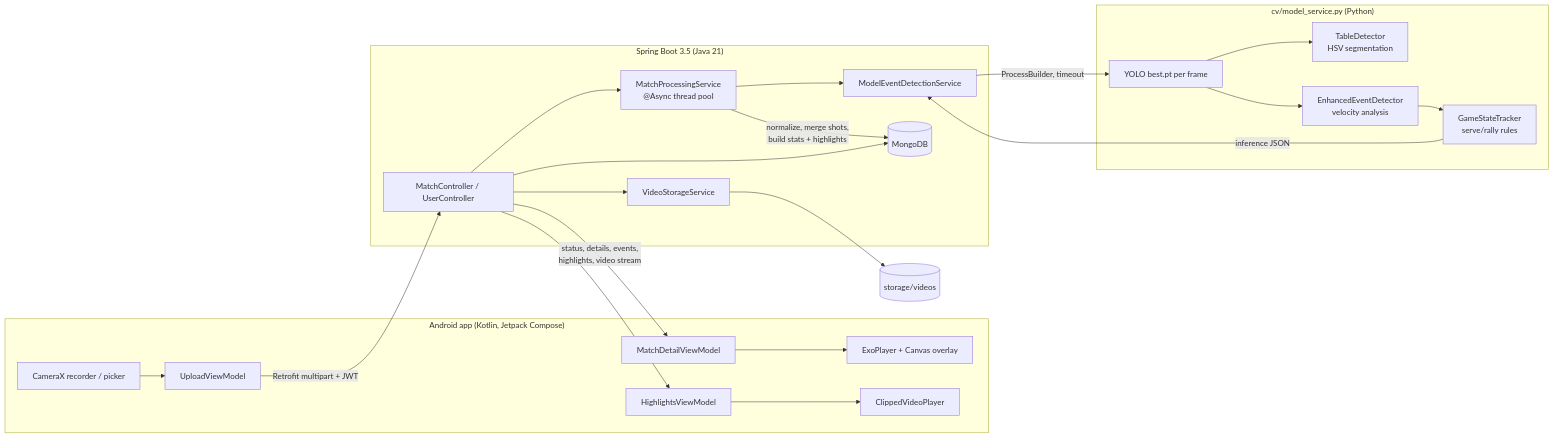
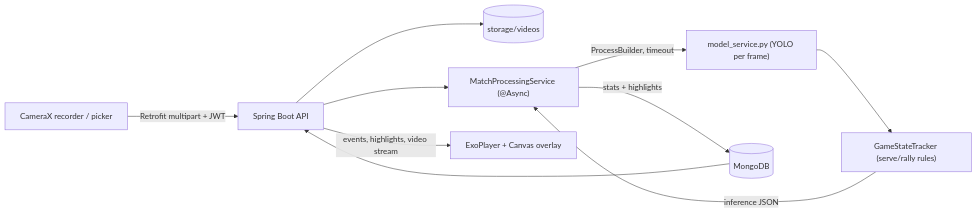
The diagram in README.md (u759/AllanAI), drawn with Mermaid before and after one commit. The commit also changed other lines of this file, not shown here.

````diff
--- a/README.md
+++ b/README.md
@@ -26,29 +12,12 @@
 ```mermaid
 flowchart LR
-    subgraph Android["Android app (Kotlin, Jetpack Compose)"]
-        Rec[CameraX recorder / picker] --> Up[UploadViewModel]
-        Det[MatchDetailViewModel] --> Player[ExoPlayer + Canvas overlay]
-        HL[HighlightsViewModel] --> Clip[ClippedVideoPlayer]
-    end
-
-    subgraph Backend["Spring Boot 3.5 (Java 21)"]
-        API[MatchController / UserController] --> Store[VideoStorageService]
-        API --> Async["MatchProcessingService<br/>@Async thread pool"]
-        Async --> Model[ModelEventDetectionService]
-        Async -->|"normalize, merge shots,<br/>build stats + highlights"| DB[(MongoDB)]
-        API --> DB
-    end
-
-    subgraph CV["cv/model_service.py (Python)"]
-        Py[YOLO best.pt per frame] --> Table["TableDetector<br/>HSV segmentation"]
-        Py --> Ev["EnhancedEventDetector<br/>velocity analysis"]
-        Ev --> GS["GameStateTracker<br/>serve/rally rules"]
-    end
-
-    Up -->|Retrofit multipart + JWT| API
-    Model -->|ProcessBuilder, timeout| Py
-    GS -->|inference JSON| Model
-    Store --> FS[(storage/videos)]
-    API -->|"status, details, events,<br/>highlights, video stream"| Det
-    API --> HL
+    Rec["CameraX recorder / picker"] -->|"Retrofit multipart + JWT"| API["Spring Boot API"]
+    API --> Store[("storage/videos")]
+    API --> Async["MatchProcessingService (@Async)"]
+    Async -->|"ProcessBuilder, timeout"| Py["model_service.py (YOLO per frame)"]
+    Py --> GS["GameStateTracker (serve/rally rules)"]
+    GS -->|"inference JSON"| Async
+    Async -->|"stats + highlights"| DB[("MongoDB")]
+    DB --> API
+    API -->|"events, highlights, video stream"| Player["ExoPlayer + Canvas overlay"]
 ```
````
